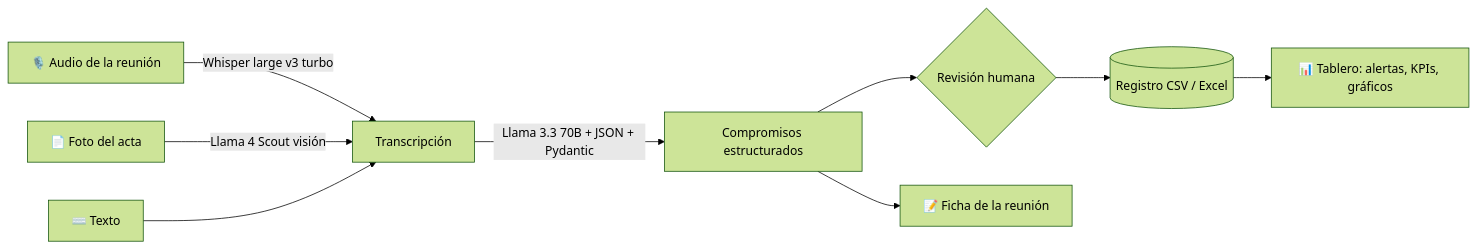
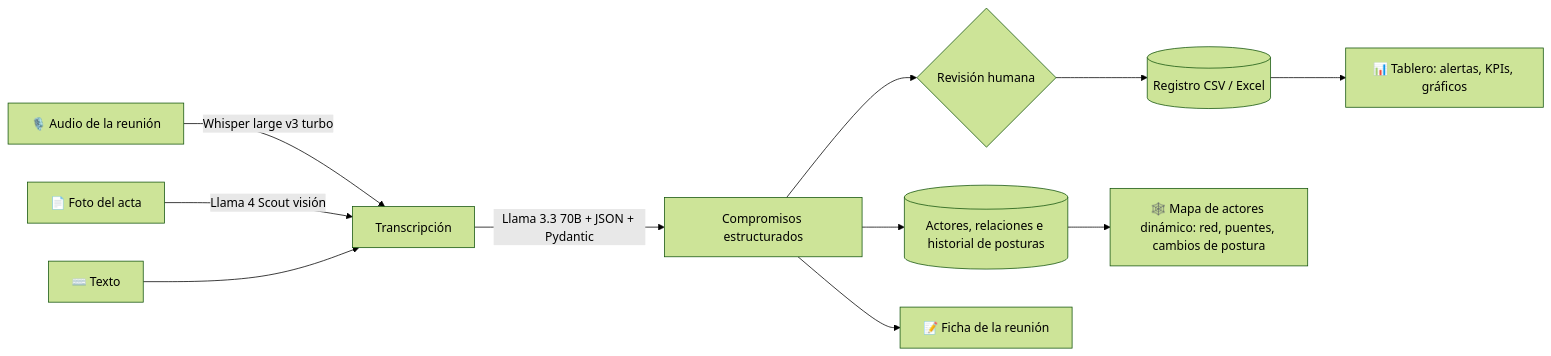
Before and after one commit to roddyhuarhua-hub/compromisos: the diagram in README.md, drawn with Mermaid (forest theme). The commit also changed other lines of this file and 11 other files, not shown here.

First line of the commit message:
Mapa de actores dinámico: red de relaciones, actores puente y cambios de postura en el tiempo

````diff
--- a/README.md
+++ b/README.md
@@ -75,11 +76,13 @@
   ```mermaid
   flowchart LR
       A[🎙️ Audio de la reunión] -->|Whisper large v3 turbo| T[Transcripción]
       F[📄 Foto del acta] -->|Llama 4 Scout visión| T
       X[⌨️ Texto] --> T
       T -->|Llama 3.3 70B + JSON + Pydantic| E[Compromisos estructurados]
       E --> R{Revisión humana}
       R --> REG[(Registro CSV / Excel)]
       REG --> D[📊 Tablero: alertas, KPIs, gráficos]
+      E --> ACT[(Actores, relaciones e historial de posturas)]
+      ACT --> MA[🕸️ Mapa de actores dinámico: red, puentes, cambios de postura]
       E --> FI[📝 Ficha de la reunión]
   ```
````
